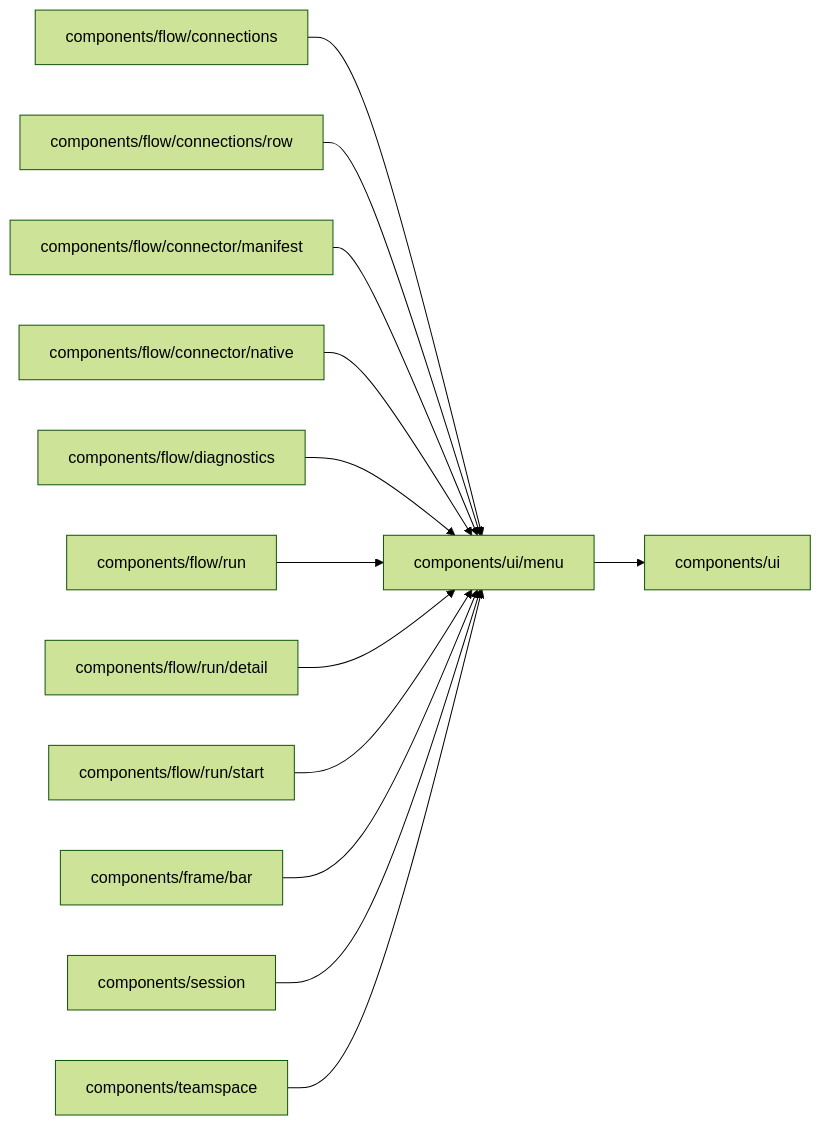
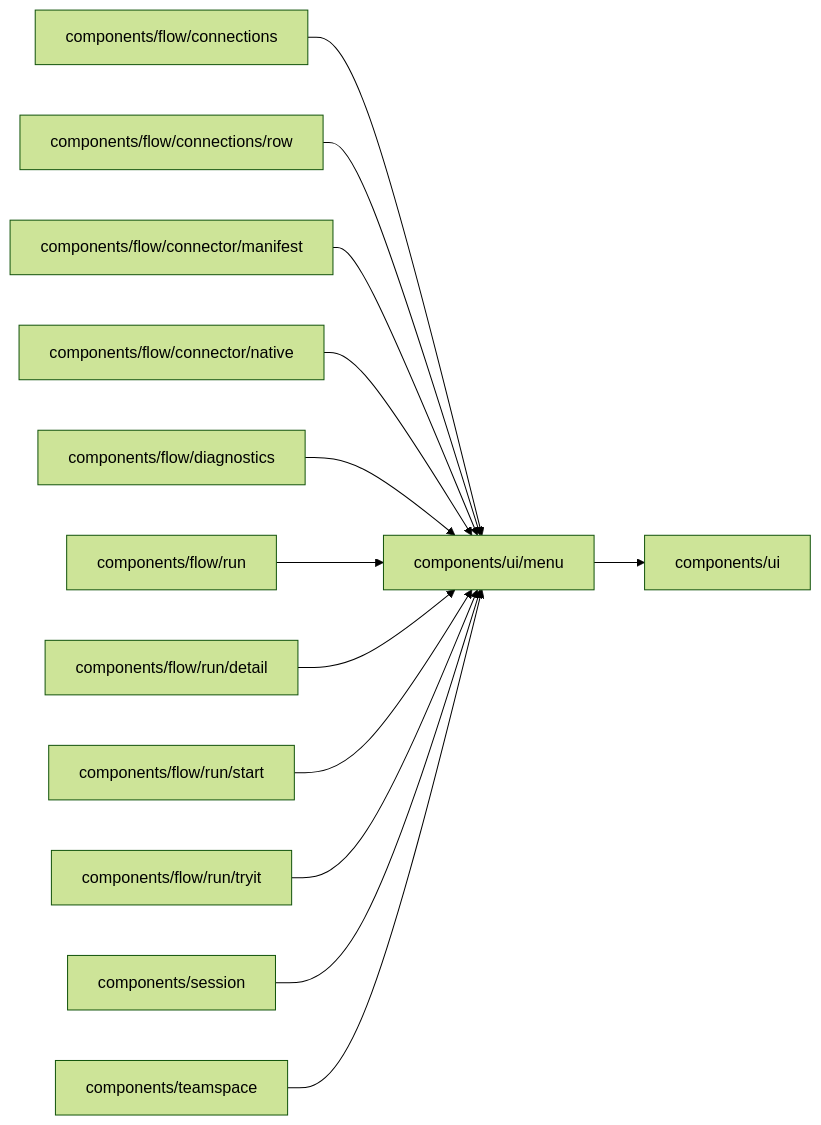
Before and after one commit to superdurable/superverse: the diagram in web/studio/components/ui/menu/README.md, drawn with Mermaid (forest theme). The commit also changed other lines of this file and 278 other files, not shown here.

````diff
--- a/web/studio/components/ui/menu/README.md
+++ b/web/studio/components/ui/menu/README.md
@@ -10,16 +10,16 @@
 ```mermaid
 flowchart LR
   self["components/ui/menu"]
   c0["components/flow/connections"] --> self
   c1["components/flow/connections/row"] --> self
   c2["components/flow/connector/manifest"] --> self
   c3["components/flow/connector/native"] --> self
   c4["components/flow/diagnostics"] --> self
   c5["components/flow/run"] --> self
   c6["components/flow/run/detail"] --> self
   c7["components/flow/run/start"] --> self
-  c8["components/frame/bar"] --> self
+  c8["components/flow/run/tryit"] --> self
   c9["components/session"] --> self
   c10["components/teamspace"] --> self
   self --> d0["components/ui"]
 ```
````
